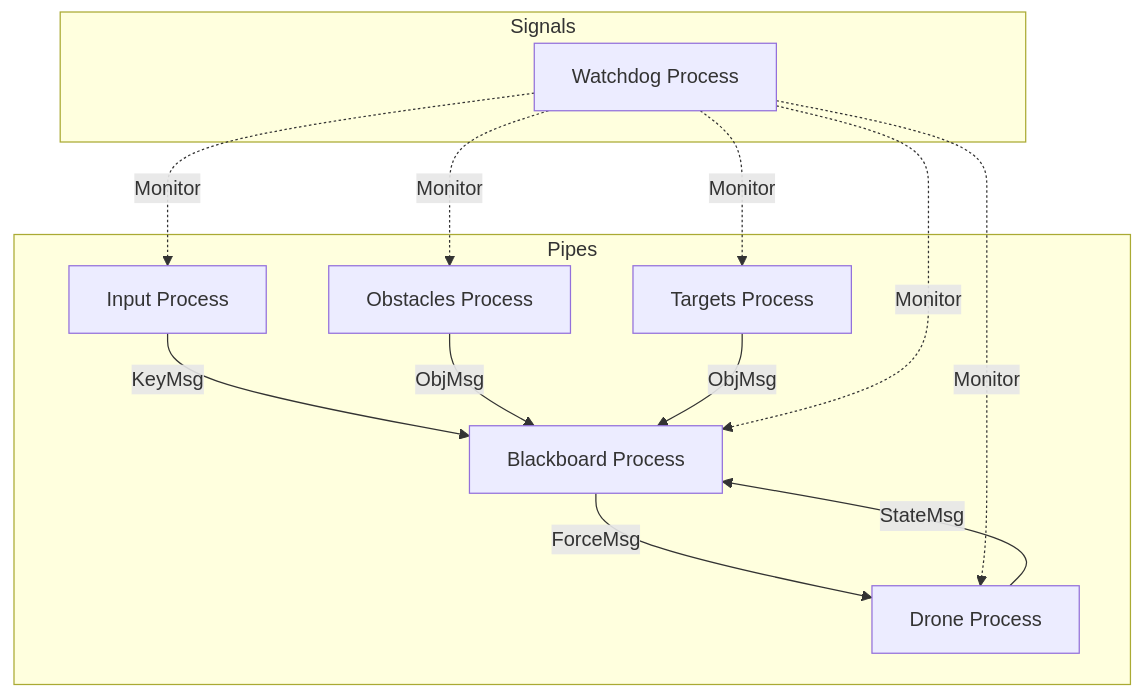
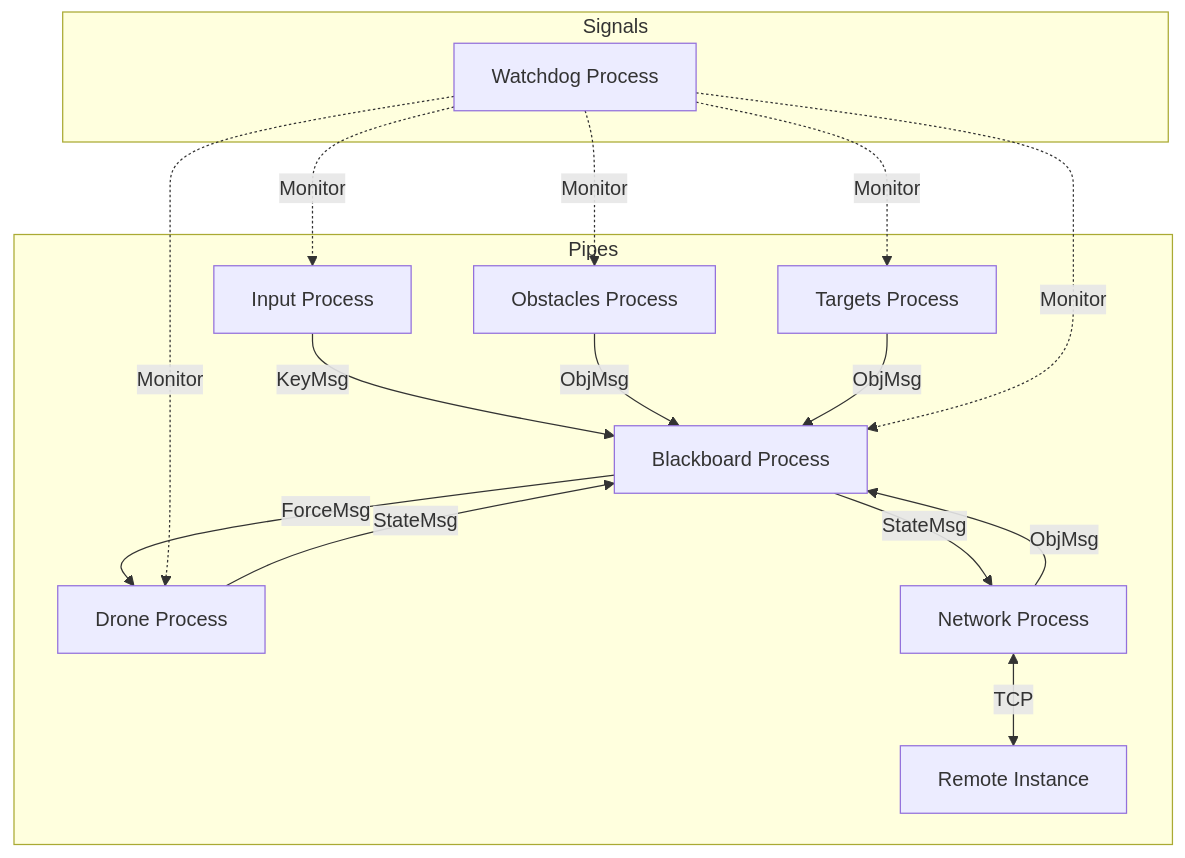
The diagram in README.md (AriBardoni/ARP_Assigment), drawn with Mermaid before and after one commit. The commit also changed other lines of this file, not shown here.

````diff
--- a/README.md
+++ b/README.md
@@ -92,18 +93,21 @@
 ```mermaid
 graph TD
     subgraph Data Flow [Pipes]
     Input[Input Process] -->|KeyMsg| Blackboard[Blackboard Process]
     Blackboard -->|ForceMsg| Drone[Drone Process]
     Drone -->|StateMsg| Blackboard
     Obstacles[Obstacles Process] -->|ObjMsg| Blackboard
     Targets[Targets Process] -->|ObjMsg| Blackboard
+    Blackboard -->|StateMsg| Network[Network Process]
+    Network -->|ObjMsg| Blackboard
+    Network <-->|TCP| Remote[Remote Instance]
     end
 
     subgraph Monitoring [Signals]
     Watchdog[Watchdog Process] -.->|Monitor| Input
     Watchdog -.->|Monitor| Drone
     Watchdog -.->|Monitor| Blackboard
     Watchdog -.->|Monitor| Obstacles
     Watchdog -.->|Monitor| Targets
     end
 ```
````
